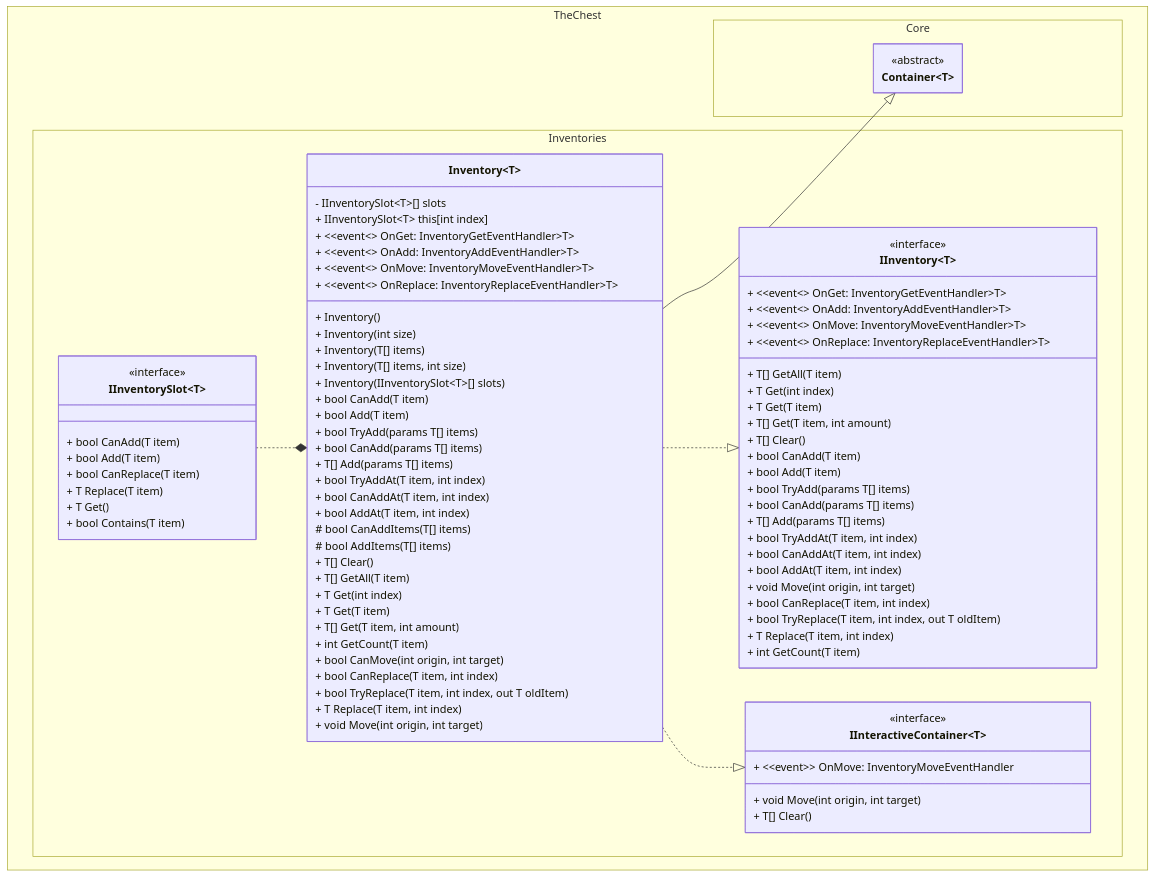
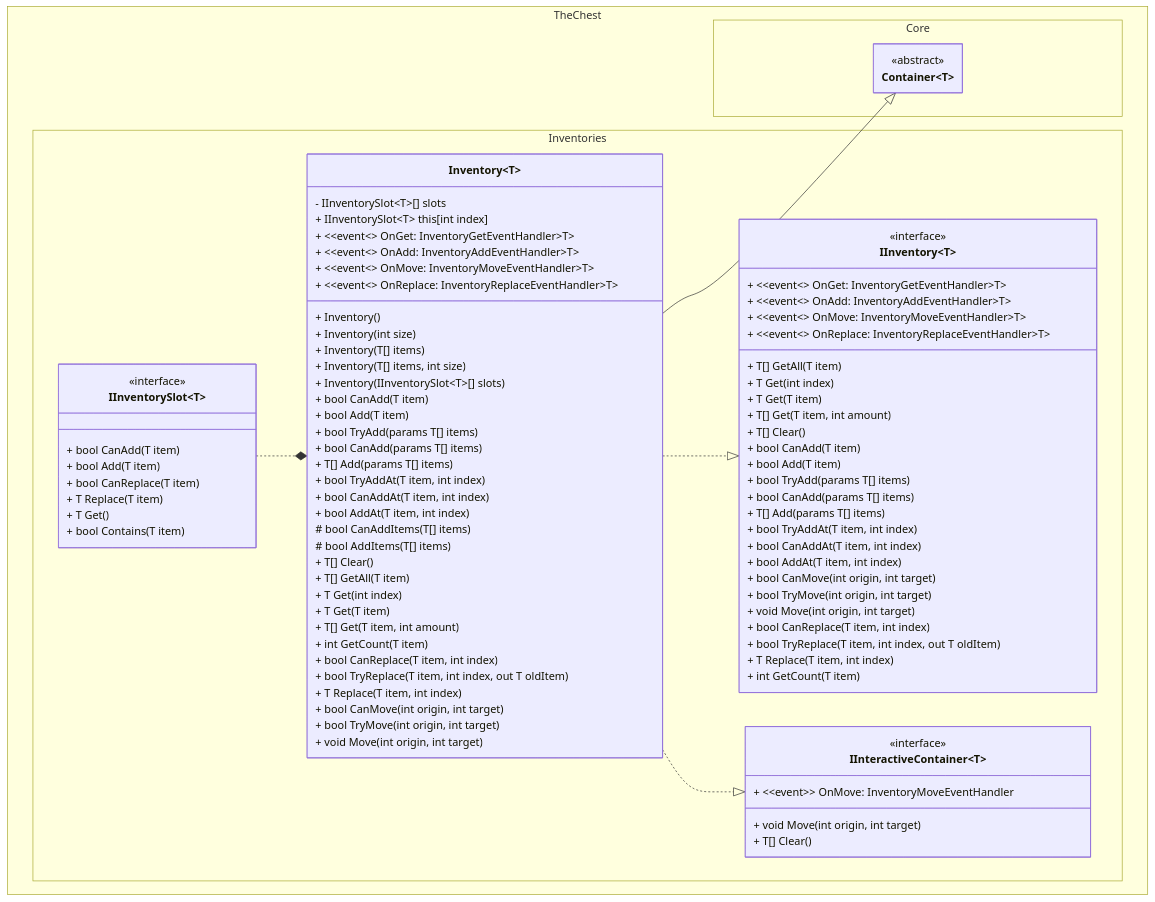
Before and after one commit to The-Chest/TheChest.Inventories: the first of 2 diagrams in docs/inventory/class_diagram.md, drawn with Mermaid. The commit also changed 5 other files, not shown here.

```diff
--- a/docs/inventory/class_diagram.md
+++ b/docs/inventory/class_diagram.md
@@ -40,6 +40,8 @@
 	        + bool CanAddAt(T item, int index)
 	        + bool AddAt(T item, int index)
 
+	        + bool CanMove(int origin, int target)
+	        + bool TryMove(int origin, int target)
 	        + void Move(int origin, int target)
 
 	        + bool CanReplace(T item, int index)
@@ -96,12 +98,12 @@
 
 	        + int GetCount(T item)
 
-            + bool CanMove(int origin, int target)
-
 	        + bool CanReplace(T item, int index)
 			+ bool TryReplace(T item, int index, out T oldItem)
 	        + T Replace(T item, int index)
 
+	        + bool CanMove(int origin, int target)
+	        + bool TryMove(int origin, int target)
 	        + void Move(int origin, int target)
         }
         class IInteractiveContainer~T~{
```
